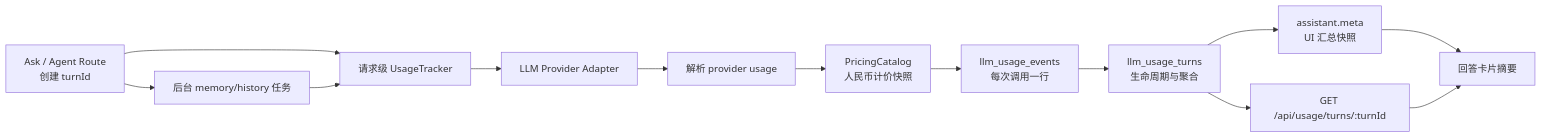
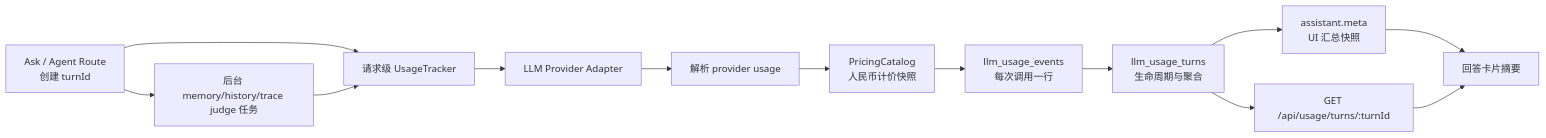
The diagram in docs/superpowers/specs/2026-07-29-token-cost-tracking-design.md (saligia28/aiops-code-tracer), drawn with Mermaid before and after one commit. The commit also changed other lines of this file, not shown here.

````diff
--- a/docs/superpowers/specs/2026-07-29-token-cost-tracking-design.md
+++ b/docs/superpowers/specs/2026-07-29-token-cost-tracking-design.md
@@ -94,15 +97,15 @@
 ```mermaid
 flowchart LR
     R["Ask / Agent Route<br/>创建 turnId"] --> T["请求级 UsageTracker"]
     T --> L["LLM Provider Adapter"]
     L --> U["解析 provider usage"]
     U --> P["PricingCatalog<br/>人民币计价快照"]
     P --> E["llm_usage_events<br/>每次调用一行"]
     E --> A["llm_usage_turns<br/>生命周期与聚合"]
     A --> M["assistant.meta<br/>UI 汇总快照"]
     A --> API["GET /api/usage/turns/:turnId"]
     M --> UI["回答卡片摘要"]
     API --> UI
-    R --> B["后台 memory/history 任务"]
+    R --> B["后台 memory/history/trace judge 任务"]
     B --> T
 ```
````
